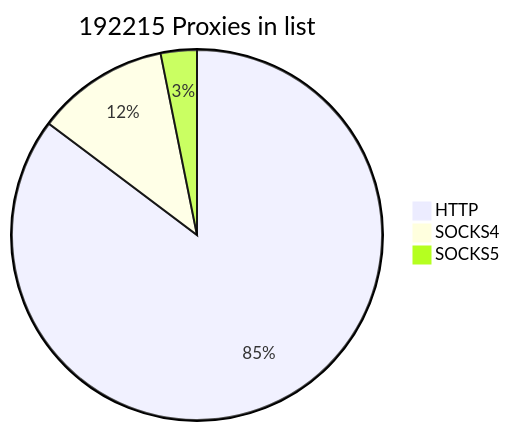
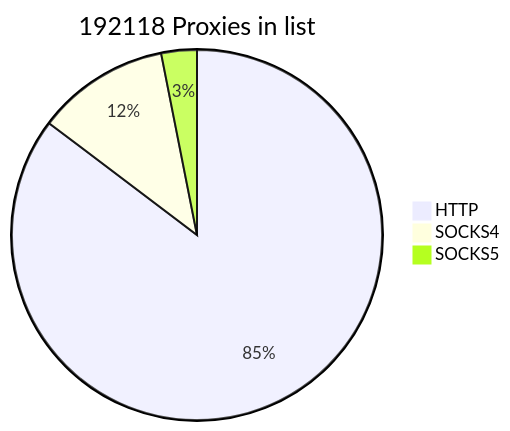
The first of 2 diagrams in README.md (cutipu/proxylist), drawn with Mermaid before and after one commit. The commit also changed other lines of this file, not shown here.

````diff
--- a/README.md
+++ b/README.md
@@ -2,7 +2,7 @@
 ```mermaid
-pie title 192215 Proxies in list
-    "HTTP" : 163875
+pie title 192118 Proxies in list
+    "HTTP" : 163872
     "SOCKS4" : 22278
-    "SOCKS5" : 6062
+    "SOCKS5" : 5968
             
 ```
````
